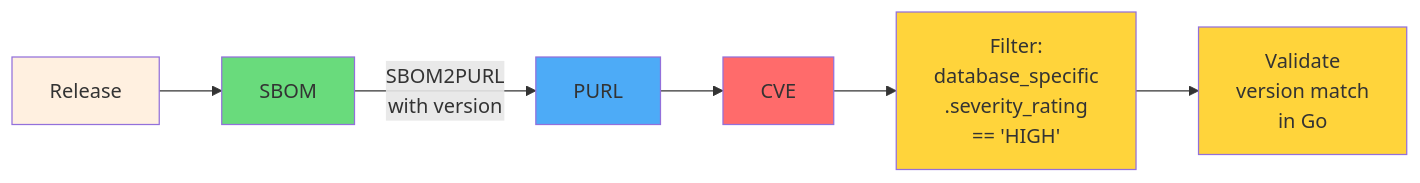
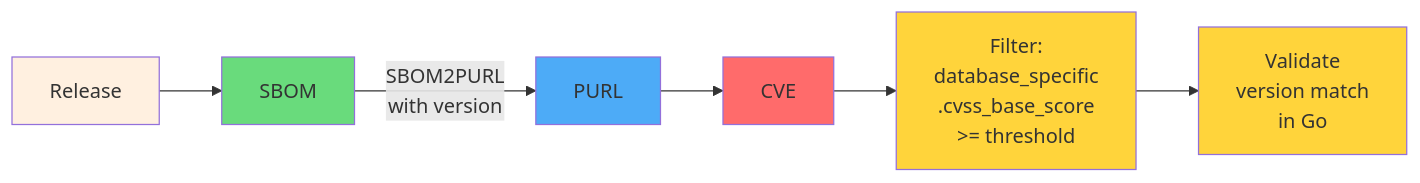
Diagram 20 of 23 in design.md (ortelius/cve2release-tracker), drawn with Mermaid before and after one commit. The commit also changed other lines of this file, not shown here.

````diff
--- a/design.md
+++ b/design.md
@@ -1201,15 +1191,15 @@
 ```mermaid
 flowchart LR
     Release["Release"] --> SBOM["SBOM"]
     SBOM -->|SBOM2PURL<br/>with version| PURL["PURL"]
     PURL --> CVE["CVE"]
-    CVE --> Filter1["Filter:<br/>database_specific<br/>.severity_rating<br/>== 'HIGH'"]
+    CVE --> Filter1["Filter:<br/>database_specific<br/>.cvss_base_score<br/>>= threshold"]
     Filter1 --> Filter2["Validate<br/>version match<br/>in Go"]
     
     style Release fill:#fff0e0
     style SBOM fill:#69db7c
     style PURL fill:#4dabf7
     style CVE fill:#ff6b6b
     style Filter1 fill:#ffd43b
     style Filter2 fill:#ffd43b
 ```
````
